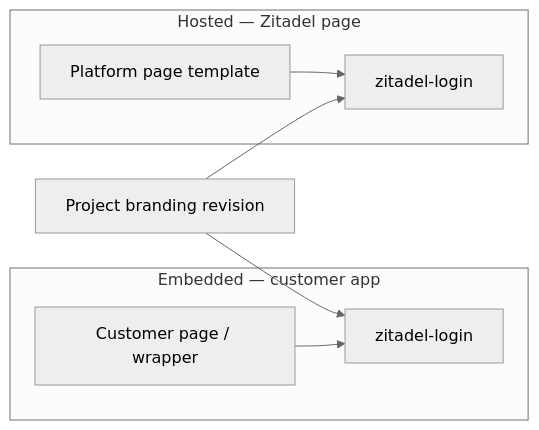
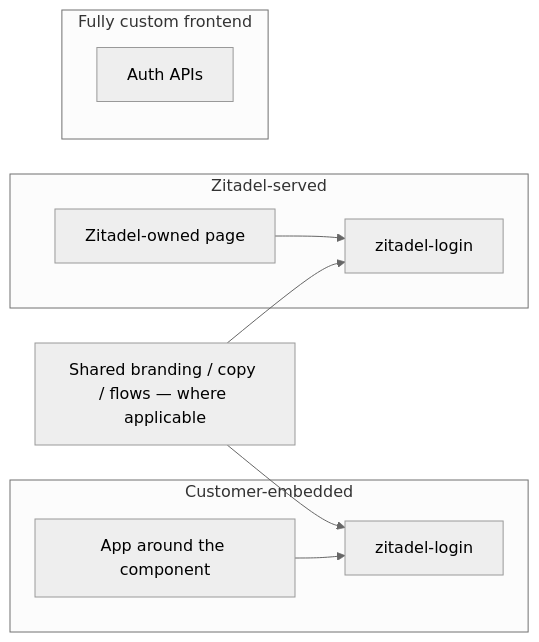
Before and after one commit to zitadel/nextgen: the first of 4 diagrams in docs/design/branding/customization-strategy.md, drawn with Mermaid (neutral theme). The commit also changed other lines of this file and 7 other files, not shown here.

First line of the commit message:
docs: drop the embed-to-hosted ladder from customization strategy

````diff
--- a/docs/design/branding/customization-strategy.md
+++ b/docs/design/branding/customization-strategy.md
@@ -73,16 +71,19 @@
 ```mermaid
 flowchart LR
-  subgraph embedded [Embedded — customer app]
-    Page[Customer page / wrapper]
-    W1[zitadel-login]
-    Page --> W1
+  subgraph embed [Customer-embedded]
+    EW[App around the component]
+    EL[zitadel-login]
+    EW --> EL
   end
-  subgraph hosted [Hosted — Zitadel page]
-    Shell[Platform page template]
-    W2[zitadel-login]
-    Shell --> W2
+  subgraph served [Zitadel-served]
+    SP[Zitadel-owned page]
+    SL[zitadel-login]
+    SP --> SL
   end
-  Branding[Project branding revision]
-  Branding --> W1
-  Branding --> W2
+  subgraph custom [Fully custom frontend]
+    API[Auth APIs]
+  end
+  Branding[Shared branding / copy / flows — where applicable]
+  Branding --> EL
+  Branding --> SL
 ```
````
